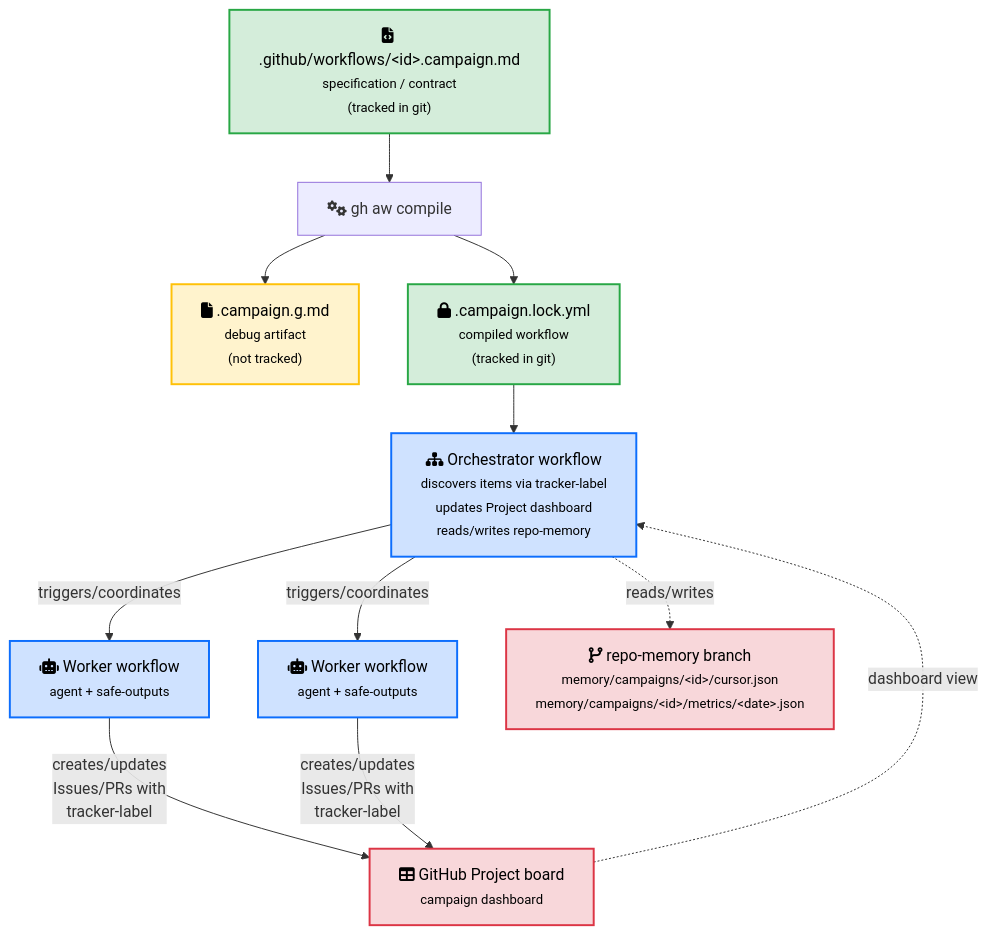
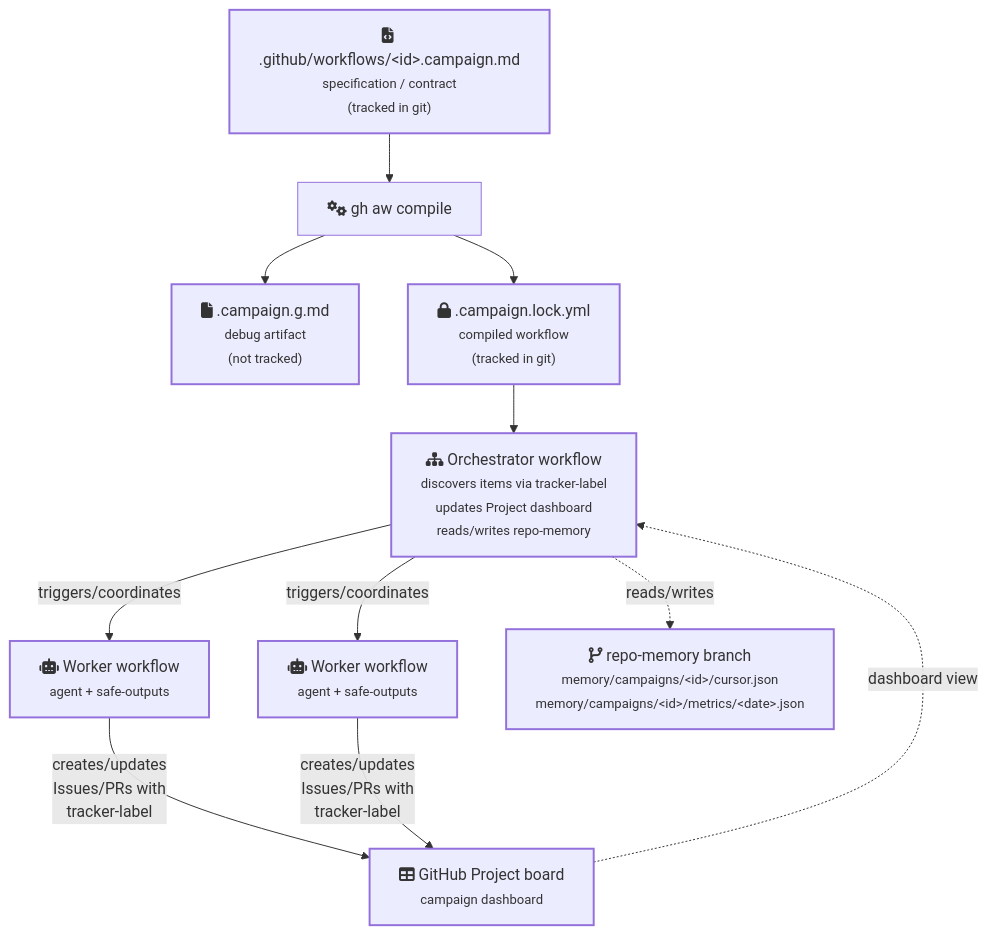
Before and after one commit to githubnext/gh-aw: the diagram in docs/src/content/docs/guides/campaigns/specs.md, drawn with Mermaid. The commit also changed 1 other file, not shown here.

Commit message:
fix colors in dark mode

````diff
--- a/docs/src/content/docs/guides/campaigns/specs.md
+++ b/docs/src/content/docs/guides/campaigns/specs.md
@@ -20,33 +20,34 @@
 ```mermaid
 flowchart TB
     spec["fa:fa-file-code .github/workflows/&lt;id&gt;.campaign.md<br/><small>specification / contract<br/>(tracked in git)</small>"]
     compile["fa:fa-cogs gh aw compile"]
     debug["fa:fa-file .campaign.g.md<br/><small>debug artifact<br/>(not tracked)</small>"]
     lock["fa:fa-lock .campaign.lock.yml<br/><small>compiled workflow<br/>(tracked in git)</small>"]
     orchestrator["fa:fa-sitemap Orchestrator workflow<br/><small>discovers items via tracker-label<br/>updates Project dashboard<br/>reads/writes repo-memory</small>"]
     worker1["fa:fa-robot Worker workflow<br/><small>agent + safe-outputs</small>"]
     worker2["fa:fa-robot Worker workflow<br/><small>agent + safe-outputs</small>"]
     project["fa:fa-table GitHub Project board<br/><small>campaign dashboard</small>"]
     memory["fa:fa-code-branch repo-memory branch<br/><small>memory/campaigns/&lt;id&gt;/cursor.json<br/>memory/campaigns/&lt;id&gt;/metrics/&lt;date&gt;.json</small>"]
 
     spec --> compile
     compile --> debug
     compile --> lock
     lock --> orchestrator
     orchestrator -->|triggers/coordinates| worker1
     orchestrator -->|triggers/coordinates| worker2
     worker1 -->|creates/updates<br/>Issues/PRs with<br/>tracker-label| project
     worker2 -->|creates/updates<br/>Issues/PRs with<br/>tracker-label| project
     orchestrator -.->|reads/writes| memory
     project -.->|dashboard view| orchestrator
 
-    classDef tracked fill:#d4edda,stroke:#28a745,stroke-width:2px,color:#000
-    classDef notTracked fill:#fff3cd,stroke:#ffc107,stroke-width:2px,color:#000
-    classDef workflow fill:#cfe2ff,stroke:#0d6efd,stroke-width:2px,color:#000
-    classDef external fill:#f8d7da,stroke:#dc3545,stroke-width:2px,color:#000
+    %% Colors are applied via CSS for light/dark themes; keep only stroke width here.
+    classDef tracked stroke-width:2px
+    classDef notTracked stroke-width:2px
+    classDef workflow stroke-width:2px
+    classDef external stroke-width:2px
 
     class spec,lock tracked
     class debug notTracked
     class orchestrator,worker1,worker2 workflow
     class project,memory external
 ```
````
